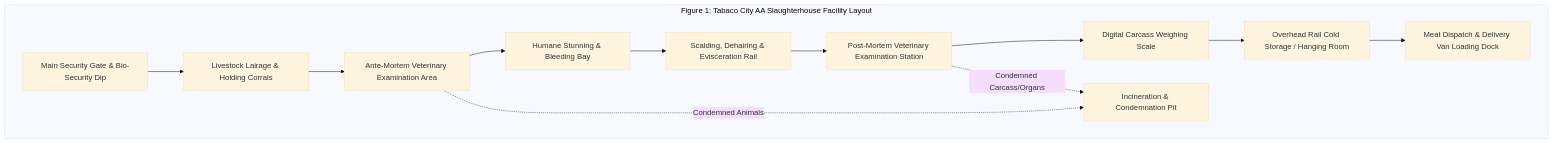
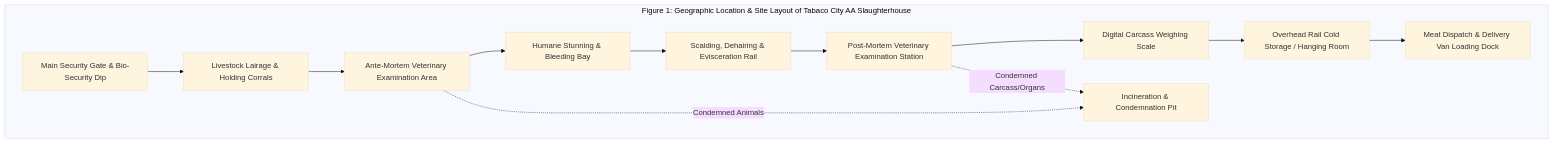
One commit to johnpaulmarbella123-alt/TC_AA_Slaughterhouse_Application changed the diagram in vault/07 - Capstone Manuscript/Chapter 1 - Introduction.md. Above: the diagram before and after it, drawn with Mermaid (base theme). The commit also changed other lines of this file and 43 other files, not shown here.

````diff
--- a/vault/07 - Capstone Manuscript/Chapter 1 - Introduction.md
+++ b/vault/07 - Capstone Manuscript/Chapter 1 - Introduction.md
@@ -52,16 +46,16 @@
 ```mermaid
 graph TD
-    subgraph Figure 1: Tabaco City AA Slaughterhouse Facility Layout
+    subgraph Figure 1: Geographic Location & Site Layout of Tabaco City AA Slaughterhouse
         Gate["Main Security Gate & Bio-Security Dip"] --> Lairage["Livestock Lairage & Holding Corrals"]
         Lairage --> AnteExam["Ante-Mortem Veterinary Examination Area"]
         AnteExam --> Stunning["Humane Stunning & Bleeding Bay"]
         Stunning --> ScaldDressing["Scalding, Dehairing & Evisceration Rail"]
         ScaldDressing --> PostExam["Post-Mortem Veterinary Examination Station"]
         PostExam --> Weighing["Digital Carcass Weighing Scale"]
         Weighing --> ColdStorage["Overhead Rail Cold Storage / Hanging Room"]
         ColdStorage --> Releasing["Meat Dispatch & Delivery Van Loading Dock"]
         
         AnteExam -. "Condemned Animals" .-> Incinerator["Incineration & Condemnation Pit"]
         PostExam -. "Condemned Carcass/Organs" .-> Incinerator
     end
 ```
````
